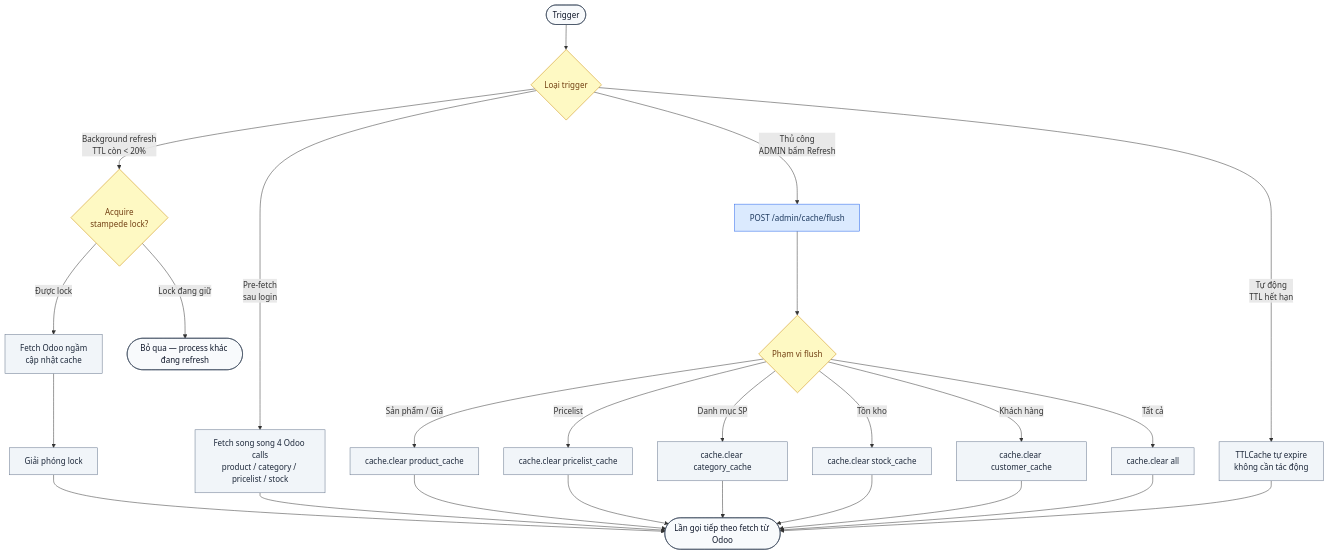
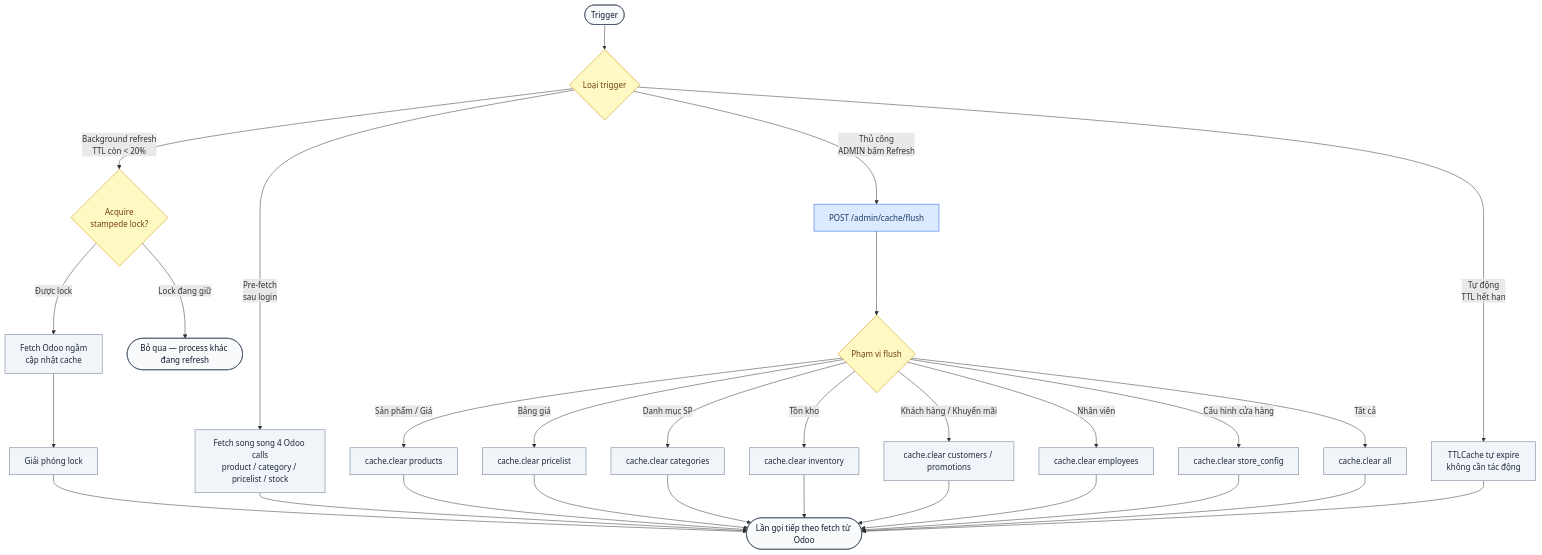
One commit to ngohuuduc/VJ_mobile_POS changed diagram 11 of 20 in process_flow.md. Above: the diagram before and after it, drawn with Mermaid. The commit also changed other lines of this file and 1 other file, not shown here.

First line of the commit message:
docs: process_flow.md + scope.md khớp code hiện tại (đăng nhập Microsoft, VietQR/COD, Chờ giao & Nháp, khách ký, đổi hàng, Tiền đã chuyển)

````diff
--- a/process_flow.md
+++ b/process_flow.md
@@ -600,33 +684,37 @@
 ```mermaid
 flowchart TD
     classDef user fill:#DBEAFE,stroke:#2563EB,color:#1e3a5f
     classDef system fill:#F1F5F9,stroke:#64748B,color:#1e293b
     classDef decision fill:#FEF9C3,stroke:#CA8A04,color:#713f12
     classDef terminal fill:#F8FAFC,stroke:#334155,color:#0f172a
     classDef warning fill:#FEE2E2,stroke:#DC2626,color:#7f1d1d
 
     A([Trigger]):::terminal --> B{Loại trigger}:::decision
     B -- Thủ công\nADMIN bấm Refresh --> C[POST /admin/cache/flush]:::user
     B -- Tự động\nTTL hết hạn --> D[TTLCache tự expire\nkhông cần tác động]:::system
     B -- Pre-fetch\nsau login --> PF[Fetch song song 4 Odoo calls\nproduct / category / pricelist / stock]:::system
     B -- Background refresh\nTTL còn < 20% --> BR{Acquire\nstampede lock?}:::decision
     BR -- Được lock --> BRF[Fetch Odoo ngầm\ncập nhật cache]:::system
     BR -- Lock đang giữ --> BRS([Bỏ qua — process khác đang refresh]):::terminal
     BRF --> BRD[Giải phóng lock]:::system
     BRD --> I
     PF --> I
     C --> E{Phạm vi flush}:::decision
-    E -- Sản phẩm / Giá --> F[cache.clear product_cache]:::system
-    E -- Pricelist --> G[cache.clear pricelist_cache]:::system
-    E -- Danh mục SP --> GA[cache.clear category_cache]:::system
-    E -- Tồn kho --> GB[cache.clear stock_cache]:::system
-    E -- Khách hàng --> GC[cache.clear customer_cache]:::system
+    E -- Sản phẩm / Giá --> F[cache.clear products]:::system
+    E -- Bảng giá --> G[cache.clear pricelist]:::system
+    E -- Danh mục SP --> GA[cache.clear categories]:::system
+    E -- Tồn kho --> GB[cache.clear inventory]:::system
+    E -- Khách hàng / Khuyến mãi --> GC[cache.clear customers / promotions]:::system
+    E -- Nhân viên --> GD[cache.clear employees]:::system
+    E -- Cấu hình cửa hàng --> GE[cache.clear store_config]:::system
     E -- Tất cả --> H[cache.clear all]:::system
     F --> I([Lần gọi tiếp theo fetch từ Odoo]):::terminal
     G --> I
     GA --> I
     GB --> I
     GC --> I
+    GD --> I
+    GE --> I
     H --> I
     D --> I
 ```
````
